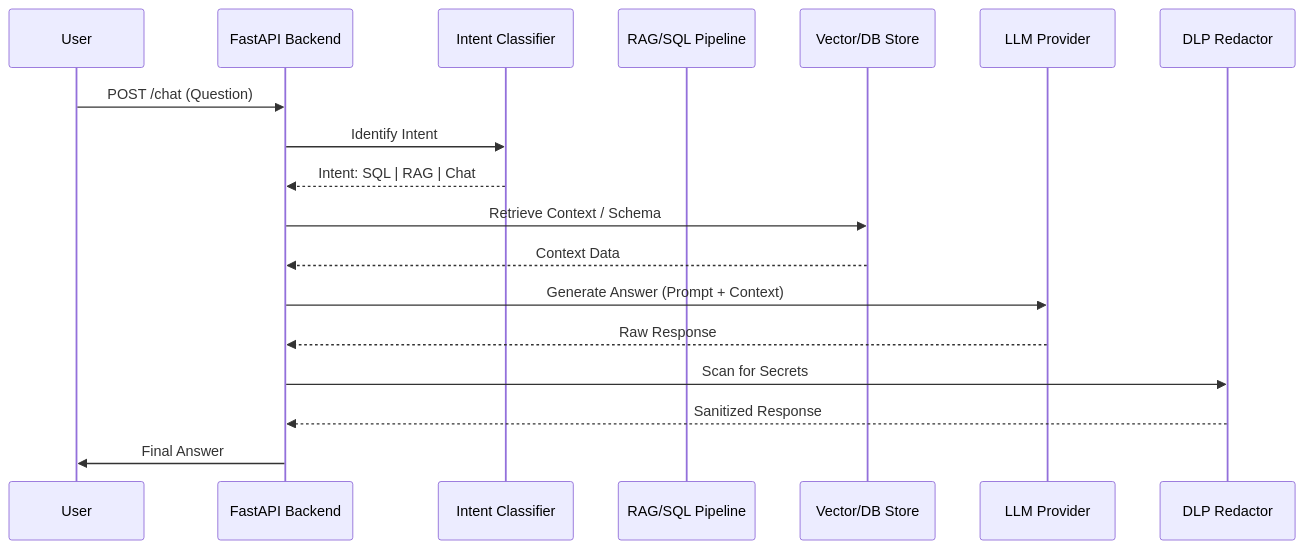
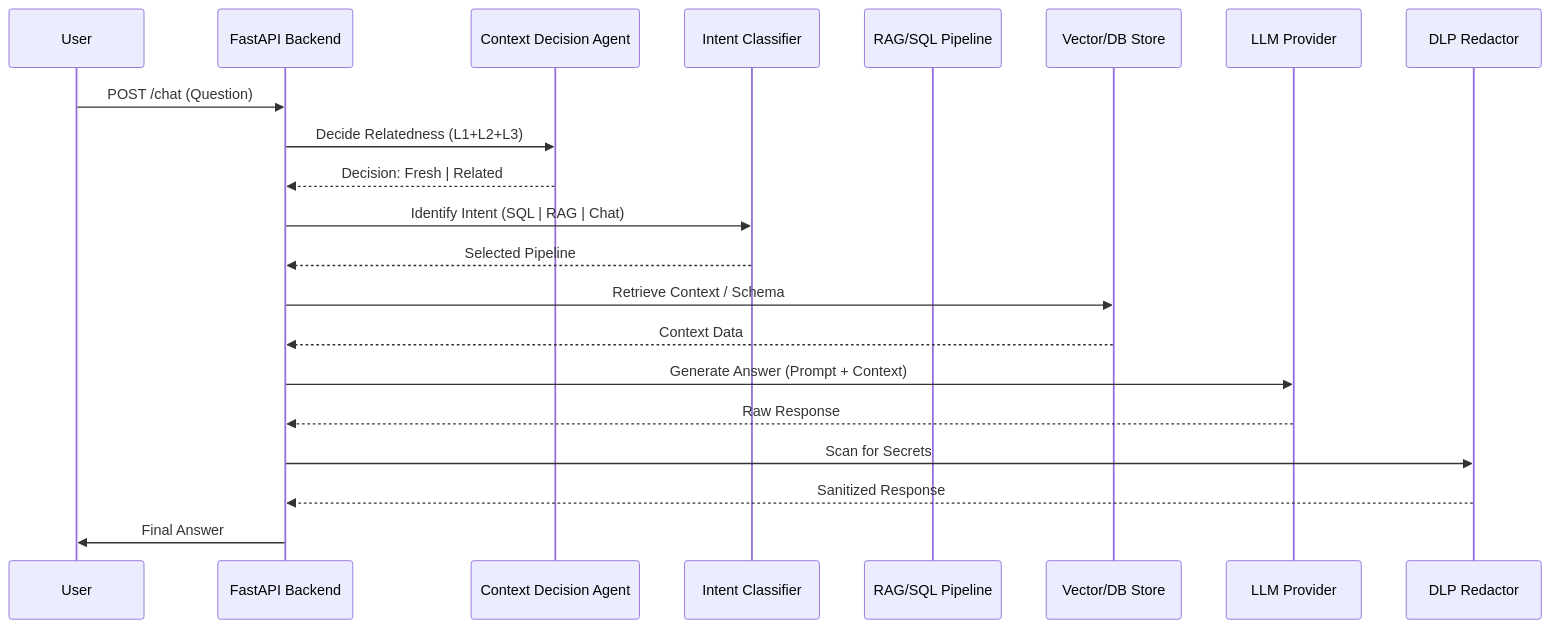
One commit to Manasi2819/querymind changed the third of 4 diagrams in ARCHITECTURE.md. Above: the diagram before and after it, drawn with Mermaid. The commit also changed other lines of this file and 7 other files, not shown here.

````diff
--- a/ARCHITECTURE.md
+++ b/ARCHITECTURE.md
@@ -93,25 +94,28 @@
 ```mermaid
 sequenceDiagram
     participant U as User
     participant A as FastAPI Backend
+    participant C as Context Decision Agent
     participant I as Intent Classifier
     participant R as RAG/SQL Pipeline
     participant V as Vector/DB Store
     participant L as LLM Provider
     participant S as DLP Redactor
 
     U->>A: POST /chat (Question)
-    A->>I: Identify Intent
-    I-->>A: Intent: SQL | RAG | Chat
+    A->>C: Decide Relatedness (L1+L2+L3)
+    C-->>A: Decision: Fresh | Related
+    A->>I: Identify Intent (SQL | RAG | Chat)
+    I-->>A: Selected Pipeline
     
     A->>V: Retrieve Context / Schema
     V-->>A: Context Data
     
     A->>L: Generate Answer (Prompt + Context)
     L-->>A: Raw Response
     
     A->>S: Scan for Secrets
     S-->>A: Sanitized Response
     
     A->>U: Final Answer
 ```
````
